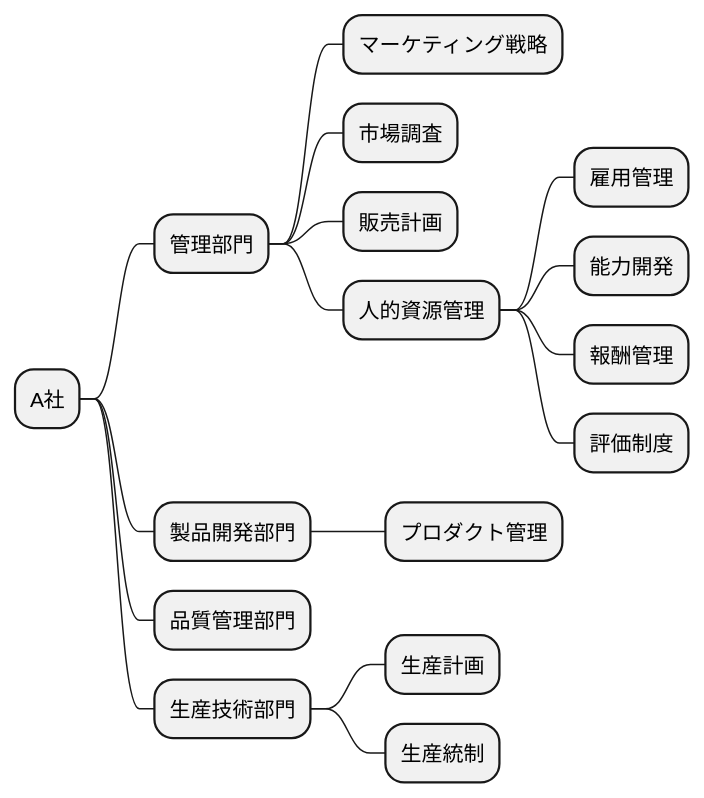
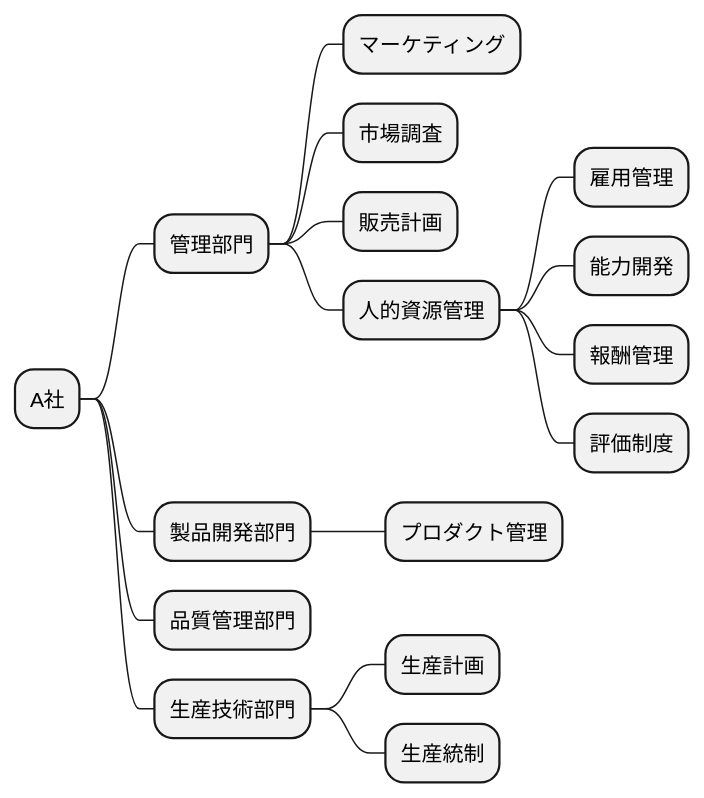
One commit to k2works/case-sutudy-business-analysis changed diagram 14 of 19 in docs/case/h30_case_1.adoc. Above: the diagram before and after it, drawn with PlantUML. The commit also changed other lines of this file, not shown here.

```diff
--- a/docs/case/h30_case_1.adoc
+++ b/docs/case/h30_case_1.adoc
@@ -538,23 +539,23 @@
 [plantuml]
 ----
 @startmindmap
 
 * A社
 ** 管理部門
-*** マーケティング戦略
+*** マーケティング
 *** 市場調査
 *** 販売計画
 *** 人的資源管理
 **** 雇用管理
 **** 能力開発
 **** 報酬管理
 **** 評価制度
 ** 製品開発部門
 *** プロダクト管理
 ** 品質管理部門
 ** 生産技術部門
 *** 生産計画
 *** 生産統制
 
 @endmindmap
 ----
```
